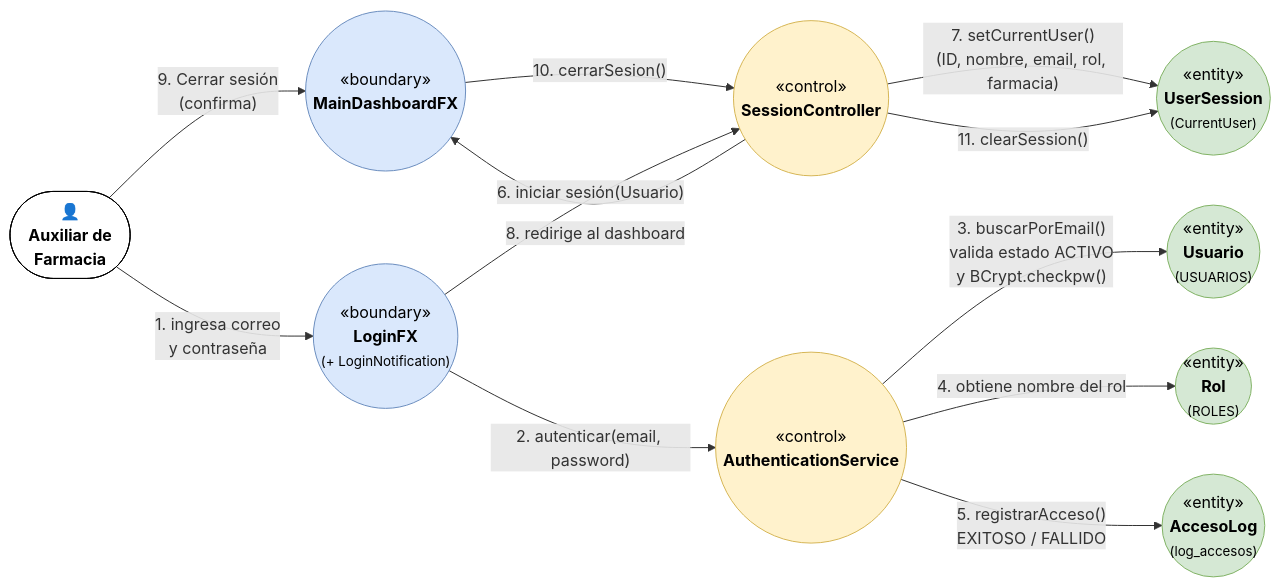
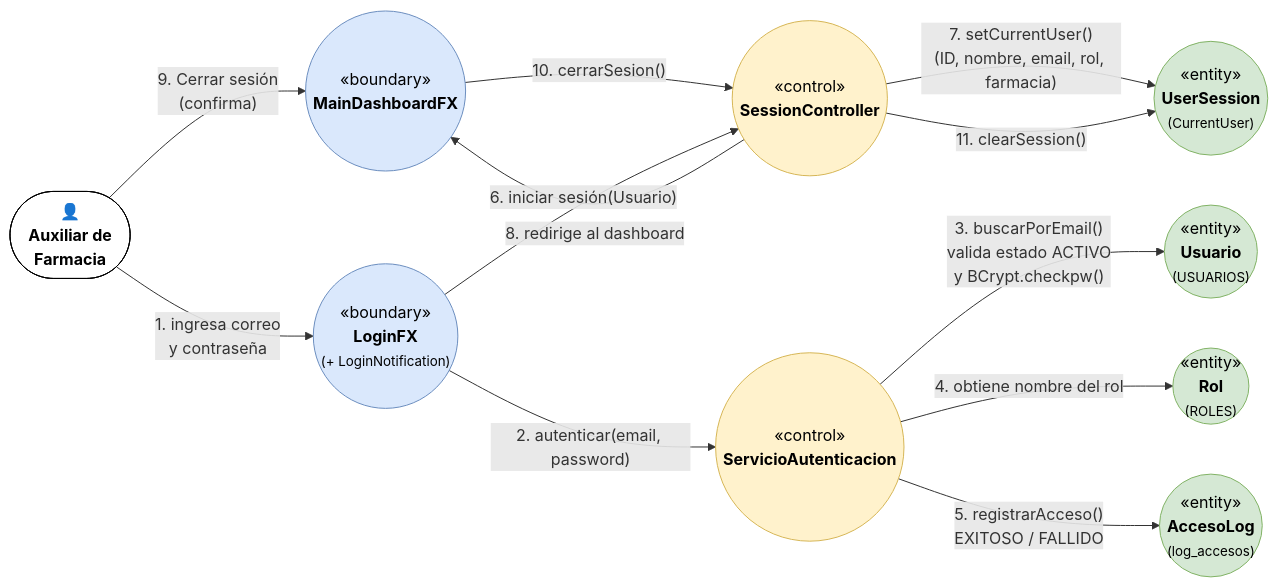
One commit to puj-course/FIS_2630_1204_G1 changed the diagram in docs/diagramas/HU 51/ECB_HU51_Inicio_Sesion.md. Above: the diagram before and after it, drawn with Mermaid. The commit also changed other lines of this file and 121 other files, not shown here.

````diff
--- a/docs/diagramas/HU 51/ECB_HU51_Inicio_Sesion.md
+++ b/docs/diagramas/HU 51/ECB_HU51_Inicio_Sesion.md
@@ -9,36 +9,36 @@
 ```mermaid
 flowchart LR
     A(["👤<br/><b>Auxiliar de<br/>Farmacia</b>"])
 
     LV(("«boundary»<br/><b>LoginFX</b><br/><small>(+ LoginNotification)</small>"))
     MP(("«boundary»<br/><b>MainDashboardFX</b>"))
 
-    AU(("«control»<br/><b>AuthenticationService</b>"))
+    AU(("«control»<br/><b>ServicioAutenticacion</b>"))
     SC(("«control»<br/><b>SessionController</b>"))
 
     US(("«entity»<br/><b>Usuario</b><br/><small>(USUARIOS)</small>"))
     RO(("«entity»<br/><b>Rol</b><br/><small>(ROLES)</small>"))
     AL(("«entity»<br/><b>AccesoLog</b><br/><small>(log_accesos)</small>"))
     SA(("«entity»<br/><b>UserSession</b><br/><small>(CurrentUser)</small>"))
 
     A -->|"9. Cerrar sesión<br/>(confirma)"| MP
     MP -->|"10. cerrarSesion()"| SC
     SC -->|"8. redirige al dashboard"| MP
     A -->|"1. ingresa correo<br/>y contraseña"| LV
     LV -->|"2. autenticar(email, password)"| AU
     AU -->|"3. buscarPorEmail()<br/>valida estado ACTIVO<br/>y BCrypt.checkpw()"| US
     AU -->|"4. obtiene nombre del rol"| RO
     AU -->|"5. registrarAcceso()<br/>EXITOSO / FALLIDO"| AL
     LV -->|"6. iniciar sesión(Usuario)"| SC
     SC -->|"7. setCurrentUser()<br/>(ID, nombre, email, rol, farmacia)"| SA
     SC -->|"11. clearSession()"| SA
 
     classDef actor fill:#ffffff,stroke:#000000,color:#000000
     classDef boundary fill:#dae8fc,stroke:#6c8ebf,color:#000000
     classDef control fill:#fff2cc,stroke:#d6b656,color:#000000
     classDef entity fill:#d5e8d4,stroke:#82b366,color:#000000
     class A actor
     class LV,MP boundary
     class AU,SC control
     class US,RO,AL,SA entity
 ```
````
